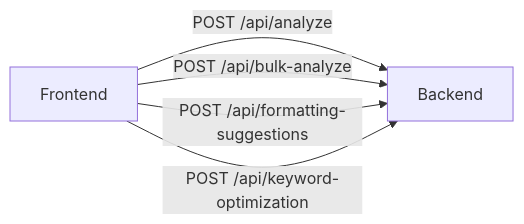
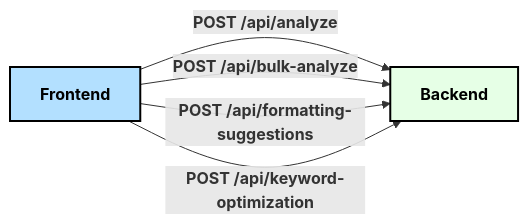
One commit to Rishi-gupta-data/SmartScreen changed the third of 3 diagrams in README.md. Above: the diagram before and after it, drawn with Mermaid. The commit also changed other lines of this file, not shown here.

Commit message:
Cleaned backend, improved README, added diagrams and code samples

````diff
--- a/README.md
+++ b/README.md
@@ -37,7 +49,10 @@
 ```mermaid
 graph LR
-  FE["Frontend"] -- "POST /api/analyze" --> BE["Backend"]
-  FE -- "POST /api/bulk-analyze" --> BE
-  FE -- "POST /api/formatting-suggestions" --> BE
-  FE -- "POST /api/keyword-optimization" --> BE
+  FE["<b>Frontend</b>"]:::frontend -- "<b>POST /api/analyze</b>" --> BE["<b>Backend</b>"]:::backend
+  FE -- "<b>POST /api/bulk-analyze</b>" --> BE
+  FE -- "<b>POST /api/formatting-suggestions</b>" --> BE
+  FE -- "<b>POST /api/keyword-optimization</b>" --> BE
+
+  classDef frontend fill:#b3e0ff,stroke:#000,stroke-width:2px,color:#000;
+  classDef backend fill:#e6ffe6,stroke:#000,stroke-width:2px,color:#000;
 ```
````
